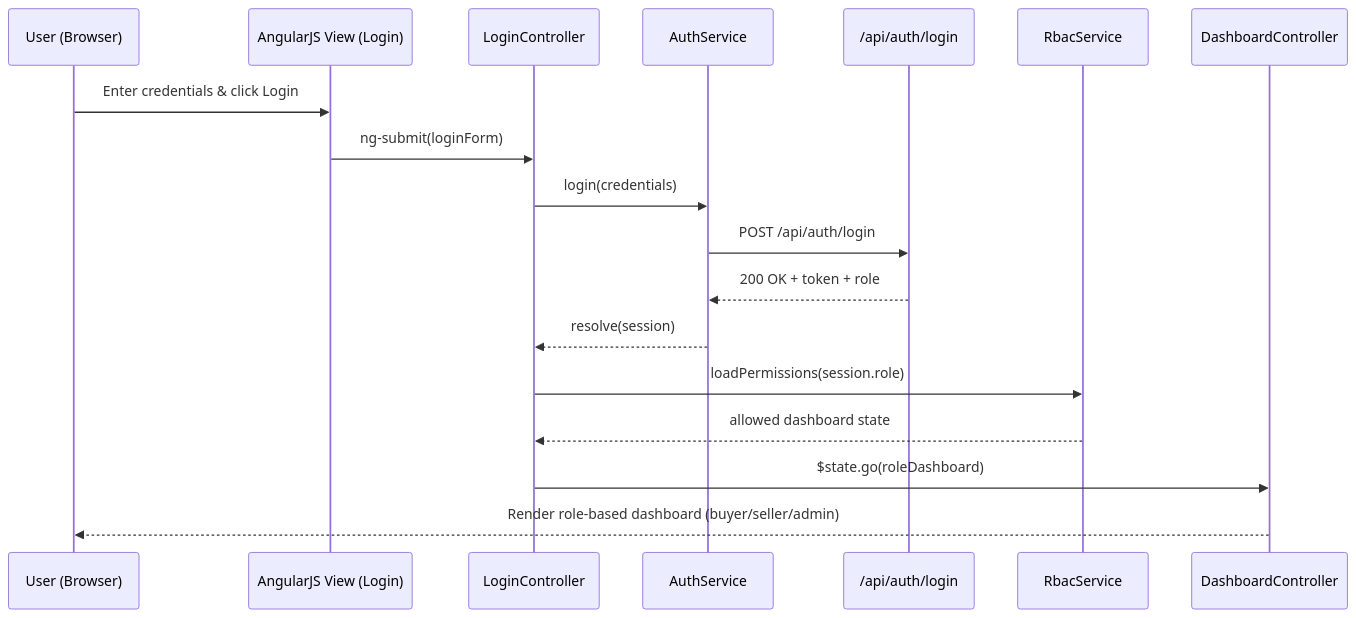
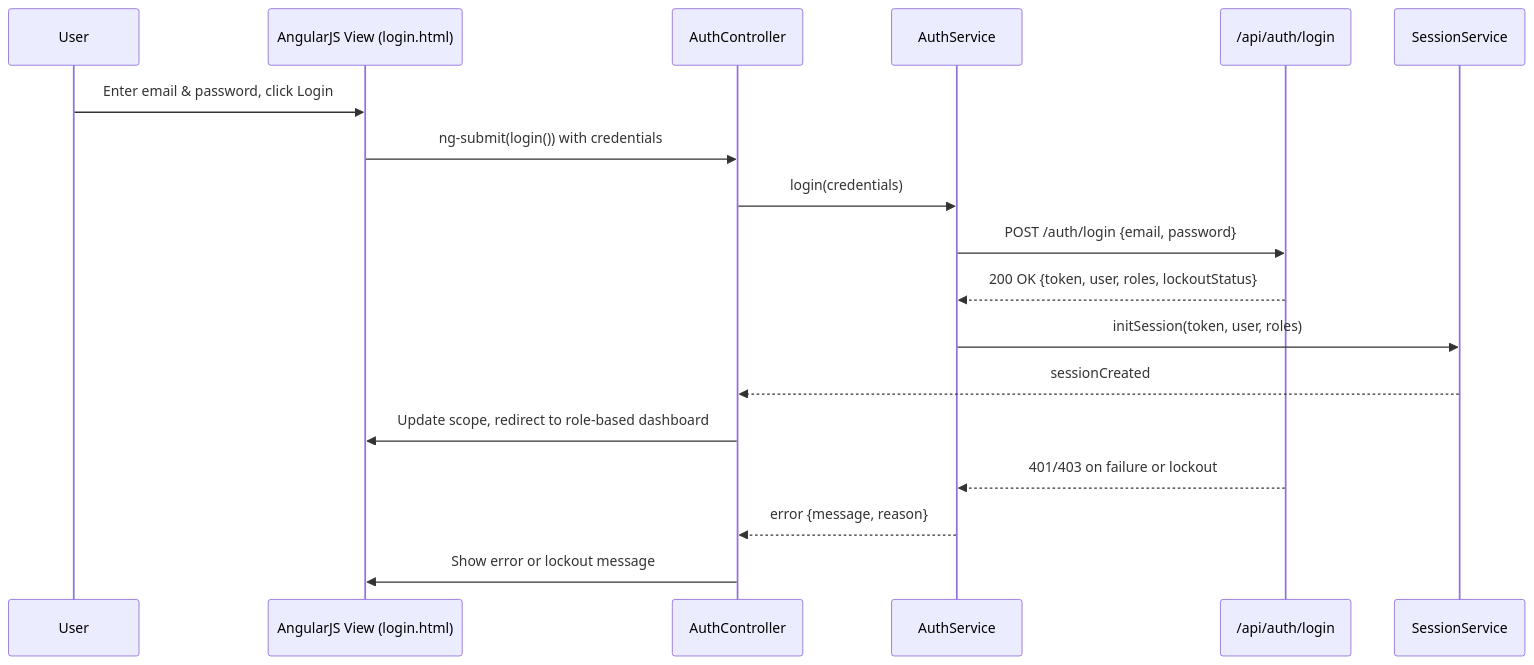
Before and after one commit to Davamani-git/APB_Demo: the diagram in LLD/QE-4524_LLD.md, drawn with Mermaid. The commit also changed other lines of this file, not shown here.

````diff
--- a/LLD/QE-4524_LLD.md
+++ b/LLD/QE-4524_LLD.md
@@ -112,21 +82,21 @@
 ```mermaid
 sequenceDiagram
-    participant U as User (Browser)
-    participant V as AngularJS View (Login)
-    participant C as LoginController
+    participant U as User
+    participant V as AngularJS View (login.html)
+    participant C as AuthController
     participant S as AuthService
     participant API as /api/auth/login
-    participant RBAC as RbacService
-    participant D as DashboardController
+    participant SS as SessionService
 
-    U->>V: Enter credentials & click Login
-    V->>C: ng-submit(loginForm)
+    U->>V: Enter email & password, click Login
+    V->>C: ng-submit(login()) with credentials
     C->>S: login(credentials)
-    S->>API: POST /api/auth/login
-    API-->>S: 200 OK + token + role
-    S-->>C: resolve(session)
-    C->>RBAC: loadPermissions(session.role)
-    RBAC-->>C: allowed dashboard state
-    C->>D: $state.go(roleDashboard)
-    D-->>U: Render role-based dashboard (buyer/seller/admin)
+    S->>API: POST /auth/login {email, password}
+    API-->>S: 200 OK {token, user, roles, lockoutStatus}
+    S->>SS: initSession(token, user, roles)
+    SS-->>C: sessionCreated
+    C->>V: Update scope, redirect to role-based dashboard
+    API-->>S: 401/403 on failure or lockout
+    S-->>C: error {message, reason}
+    C->>V: Show error or lockout message
 ```
````
